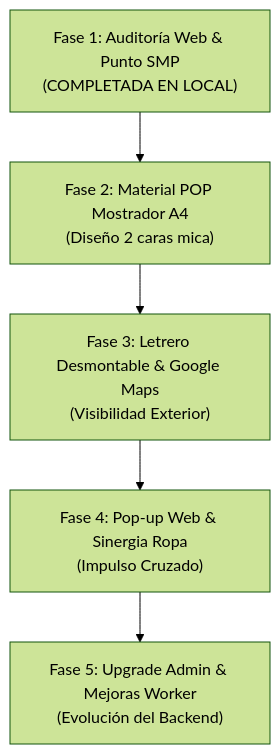
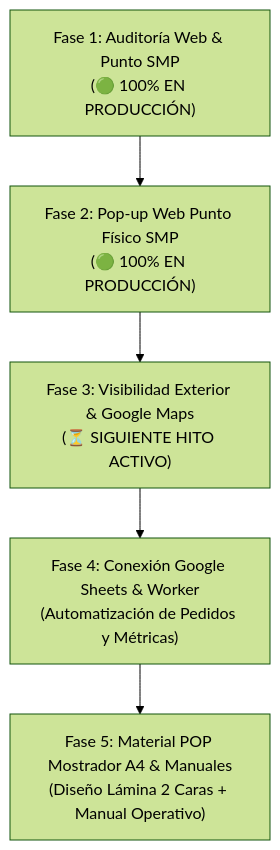
One commit to dolce7aroma/dolce7aroma.github.io changed the diagram in docs/5_REPORTE_AUDITORIA_2026-11-06.md. Above: the diagram before and after it, drawn with Mermaid (forest theme). The commit also changed other lines of this file and 1 other file, not shown here.

Commit message:
feat(popup): pop-up modal interactivo para anunciar punto fisico SMP y recojo en tienda (Fase 2)

````diff
--- a/docs/5_REPORTE_AUDITORIA_2026-11-06.md
+++ b/docs/5_REPORTE_AUDITORIA_2026-11-06.md
@@ -36,7 +42,7 @@
 ```mermaid
 flowchart TD
-    Fase1["Fase 1: Auditoría Web & Punto SMP<br/>(COMPLETADA EN LOCAL)"] --> Fase2["Fase 2: Material POP Mostrador A4<br/>(Diseño 2 caras mica)"]
-    Fase2 --> Fase3["Fase 3: Letrero Desmontable & Google Maps<br/>(Visibilidad Exterior)"]
-    Fase3 --> Fase4["Fase 4: Pop-up Web & Sinergia Ropa<br/>(Impulso Cruzado)"]
-    Fase4 --> Fase5["Fase 5: Upgrade Admin & Mejoras Worker<br/>(Evolución del Backend)"]
+    Fase1["Fase 1: Auditoría Web & Punto SMP<br/>(🟢 100% EN PRODUCCIÓN)"] --> Fase2["Fase 2: Pop-up Web Punto Físico SMP<br/>(🟢 100% EN PRODUCCIÓN)"]
+    Fase2 --> Fase3["Fase 3: Visibilidad Exterior & Google Maps<br/>(⏳ SIGUIENTE HITO ACTIVO)"]
+    Fase3 --> Fase4["Fase 4: Conexión Google Sheets & Worker<br/>(Automatización de Pedidos y Métricas)"]
+    Fase4 --> Fase5["Fase 5: Material POP Mostrador A4 & Manuales<br/>(Diseño Lámina 2 Caras + Manual Operativo)"]
 ```
````
